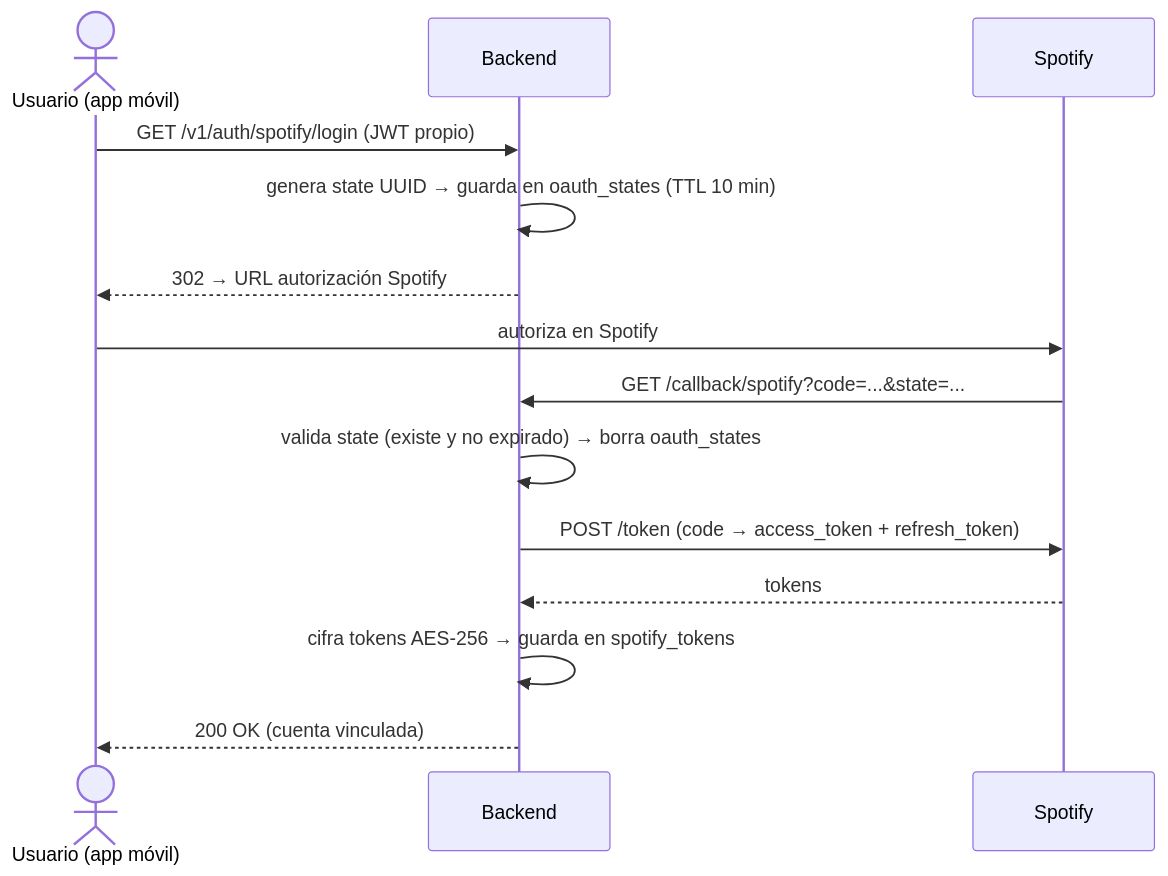
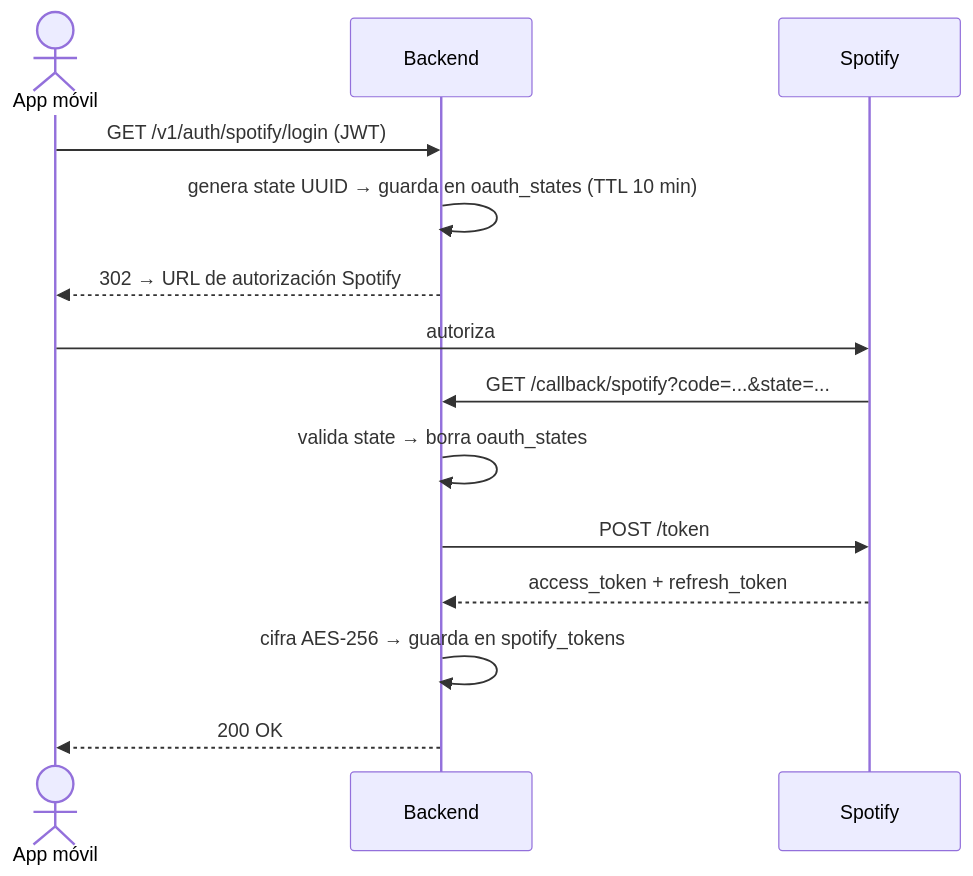
The third of 3 diagrams in README.md (WaraYasy/Ecos-Backend), drawn with Mermaid before and after one commit. The commit also changed other lines of this file, not shown here.

Commit message:
docs(readme): actualizar versiones y simplificar diagramas Mermaid

````diff
--- a/README.md
+++ b/README.md
@@ -305,18 +248,18 @@
 ```mermaid
 sequenceDiagram
-    actor U as Usuario (app móvil)
+    actor U as App móvil
     participant B as Backend
     participant S as Spotify
 
-    U->>B: GET /v1/auth/spotify/login (JWT propio)
+    U->>B: GET /v1/auth/spotify/login (JWT)
     B->>B: genera state UUID → guarda en oauth_states (TTL 10 min)
-    B-->>U: 302 → URL autorización Spotify
+    B-->>U: 302 → URL de autorización Spotify
 
-    U->>S: autoriza en Spotify
+    U->>S: autoriza
     S->>B: GET /callback/spotify?code=...&state=...
-    B->>B: valida state (existe y no expirado) → borra oauth_states
-    B->>S: POST /token (code → access_token + refresh_token)
-    S-->>B: tokens
-    B->>B: cifra tokens AES-256 → guarda en spotify_tokens
-    B-->>U: 200 OK (cuenta vinculada)
+    B->>B: valida state → borra oauth_states
+    B->>S: POST /token
+    S-->>B: access_token + refresh_token
+    B->>B: cifra AES-256 → guarda en spotify_tokens
+    B-->>U: 200 OK
 ```
````
